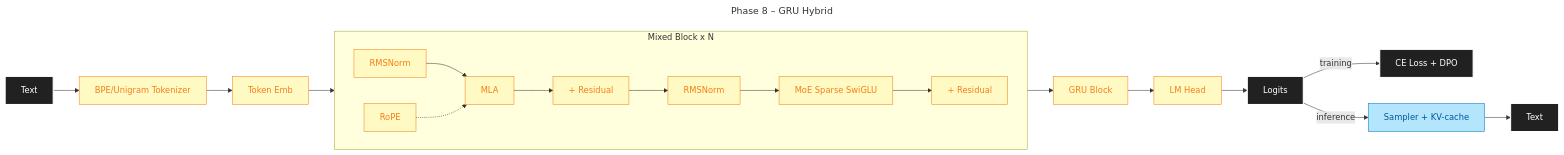
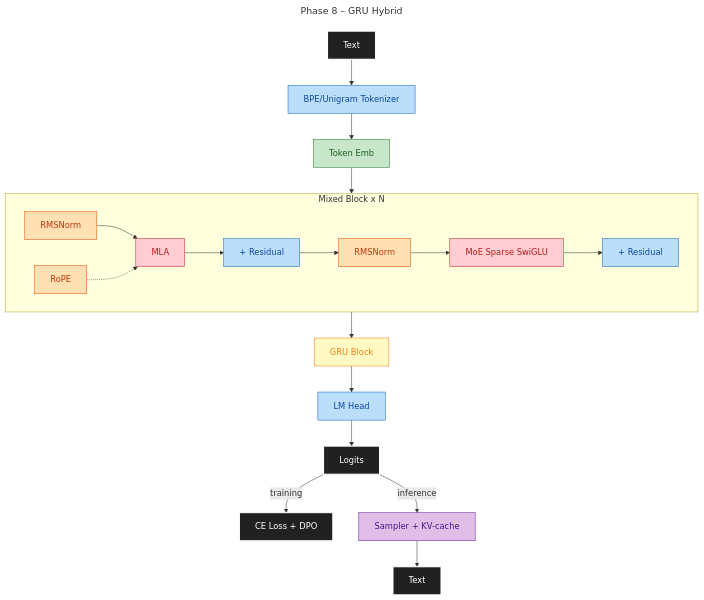
One commit to maxjbarfuss/max_llm changed the sixth of 7 diagrams in docs/DESIGN.md. Above: the diagram before and after it, drawn with Mermaid. The commit also changed other lines of this file and 15 other files, not shown here.

First line of the commit message:
Phase 3: Full decoder stack + diagram sync

````diff
--- a/docs/DESIGN.md
+++ b/docs/DESIGN.md
@@ -112,18 +118,22 @@
 ```mermaid
 ---
 title: Phase 8 – GRU Hybrid
 ---
-graph LR
-    A[Text]:::io --> B[BPE/Unigram Tokenizer]:::p8 --> C[Token Emb]:::p8 --> Block
+graph TD
+    A[Text]:::io --> B[BPE/Unigram Tokenizer]:::p3 --> C[Token Emb]:::p2 --> Block
     subgraph Block[Mixed Block x N]
         direction LR
-        D[RMSNorm]:::p8 --> E[MLA]:::p8 --> F[+ Residual]:::p8 --> G[RMSNorm]:::p8 --> H[MoE Sparse SwiGLU]:::p8 --> I[+ Residual]:::p8
-        RoPE:::p8 -.-> E
+        D[RMSNorm]:::p4 --> E[MLA]:::p7 --> F[+ Residual]:::p3 --> G[RMSNorm]:::p4 --> H[MoE Sparse SwiGLU]:::p7 --> I[+ Residual]:::p3
+        RoPE:::p4 -.-> E
     end
-    Block --> GRU[GRU Block]:::p8 --> J[LM Head]:::p8 --> K[Logits]:::io
+    Block --> GRU[GRU Block]:::p8 --> J[LM Head]:::p3 --> K[Logits]:::io
     K -->|training| L[CE Loss + DPO]:::io
     K -->|inference| M[Sampler + KV-cache]:::p56 --> N[Text]:::io
     classDef io fill:#212121,stroke:#FFFFFF,color:#FFFFFF,stroke-width:2px
-    classDef p56 fill:#B3E5FC,stroke:#0277BD,color:#01579B
+    classDef p2 fill:#C8E6C9,stroke:#2E7D32,color:#1B5E20
+    classDef p3 fill:#BBDEFB,stroke:#1565C0,color:#0D47A1
+    classDef p4 fill:#FFE0B2,stroke:#E65100,color:#BF360C
+    classDef p56 fill:#E1BEE7,stroke:#6A1B9A,color:#4A148C
+    classDef p7 fill:#FFCDD2,stroke:#C62828,color:#B71C1C
     classDef p8 fill:#FFF9C4,stroke:#F57F17,color:#F57F17
 ```
````
